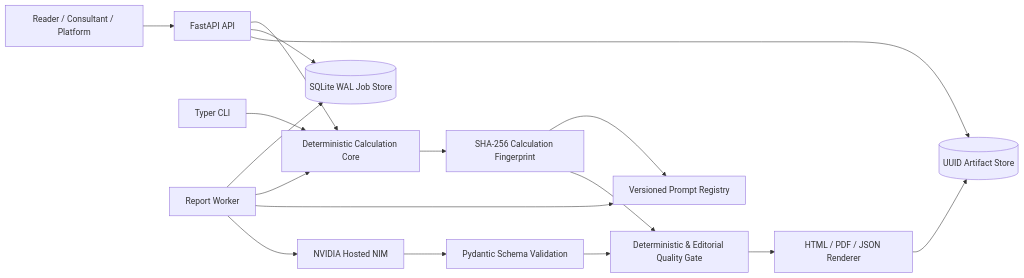
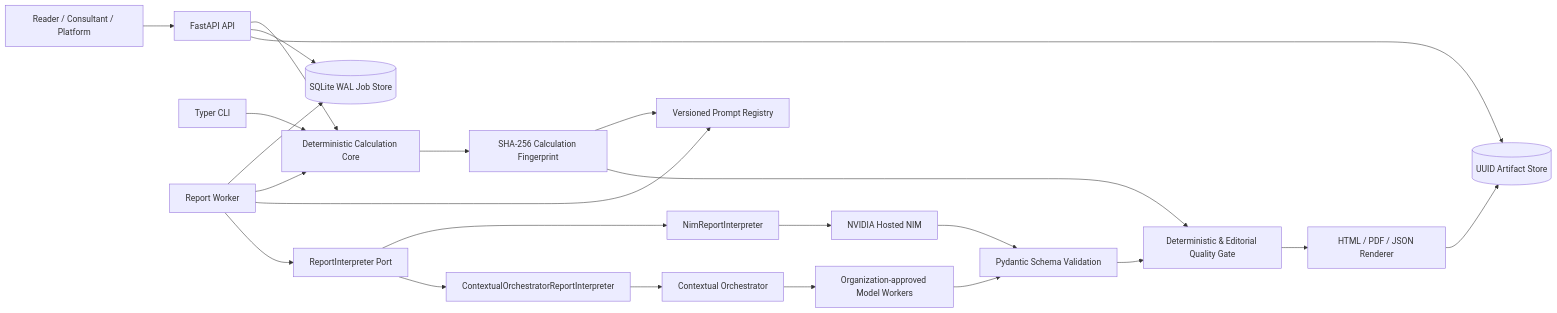
Before and after one commit to ContextualWisdomLab/four-pillars: the first of 7 diagrams in docs/uml/architecture.md, drawn with Mermaid. The commit also changed other lines of this file, not shown here.

````diff
--- a/docs/uml/architecture.md
+++ b/docs/uml/architecture.md
@@ -5,19 +5,25 @@
 ```mermaid
 flowchart LR
   User[Reader / Consultant / Platform] --> API[FastAPI API]
   CLI[Typer CLI] --> Core
   API --> Core[Deterministic Calculation Core]
   API --> Queue[(SQLite WAL Job Store)]
   Worker[Report Worker] --> Queue
   Worker --> Core
   Worker --> Prompt[Versioned Prompt Registry]
-  Worker --> NIM[NVIDIA Hosted NIM]
+  Worker --> Interpreter[ReportInterpreter Port]
+  Interpreter --> Direct[NimReportInterpreter]
+  Interpreter --> Gateway[ContextualOrchestratorReportInterpreter]
+  Direct --> NIM[NVIDIA Hosted NIM]
+  Gateway --> CO[Contextual Orchestrator]
+  CO --> Approved[Organization-approved Model Workers]
   NIM --> Schema[Pydantic Schema Validation]
+  Approved --> Schema
   Schema --> Quality[Deterministic & Editorial Quality Gate]
   Quality --> Render[HTML / PDF / JSON Renderer]
   Render --> Artifacts[(UUID Artifact Store)]
   API --> Artifacts
   Core --> Fingerprint[SHA-256 Calculation Fingerprint]
   Fingerprint --> Prompt
   Fingerprint --> Quality
 ```
````
